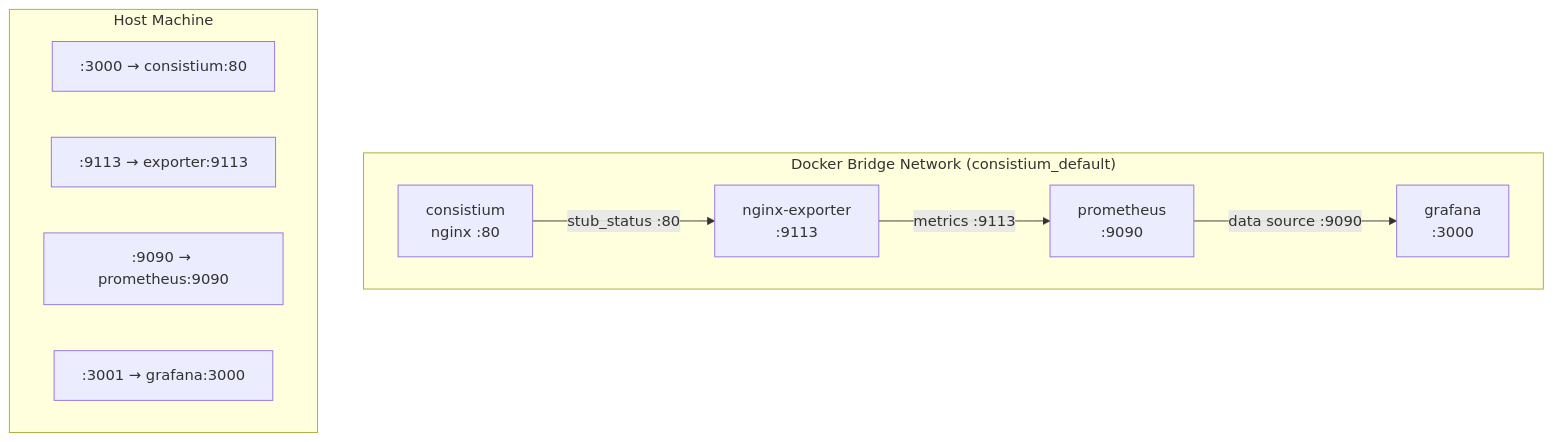
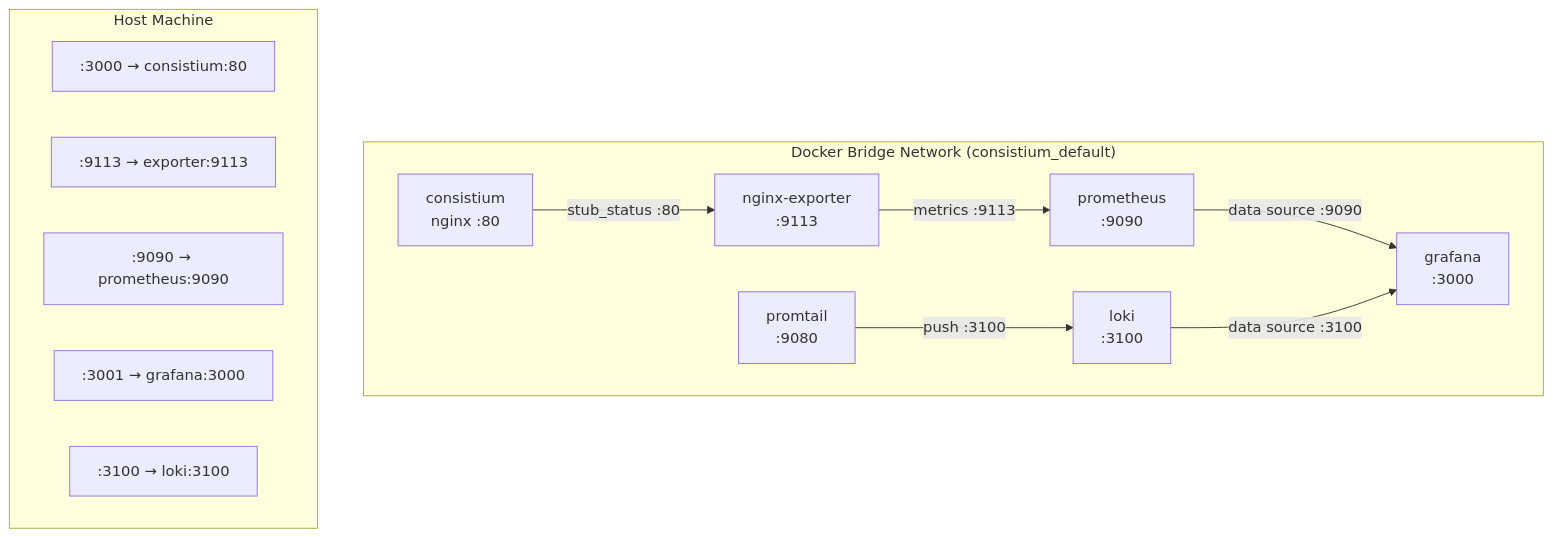
Before and after one commit to Kalpanapramodya97/consistium: the third of 3 diagrams in docs/devops/docker-setup.md, drawn with Mermaid. The commit also changed other lines of this file and 1 other file, not shown here.

````diff
--- a/docs/devops/docker-setup.md
+++ b/docs/devops/docker-setup.md
@@ -310,20 +359,25 @@
 ```mermaid
 graph TB
     subgraph "Docker Bridge Network (consistium_default)"
         A["consistium<br/>nginx :80"]
         B["nginx-exporter<br/>:9113"]
         C["prometheus<br/>:9090"]
         D["grafana<br/>:3000"]
+        E["loki<br/>:3100"]
+        F["promtail<br/>:9080"]
     end
 
     A -- "stub_status :80" --> B
     B -- "metrics :9113" --> C
     C -- "data source :9090" --> D
+    F -- "push :3100" --> E
+    E -- "data source :3100" --> D
 
     subgraph "Host Machine"
-        E[":3000 → consistium:80"]
-        F[":9113 → exporter:9113"]
-        G[":9090 → prometheus:9090"]
-        H[":3001 → grafana:3000"]
+        G[":3000 → consistium:80"]
+        H[":9113 → exporter:9113"]
+        I[":9090 → prometheus:9090"]
+        J[":3001 → grafana:3000"]
+        K[":3100 → loki:3100"]
     end
 ```
````
